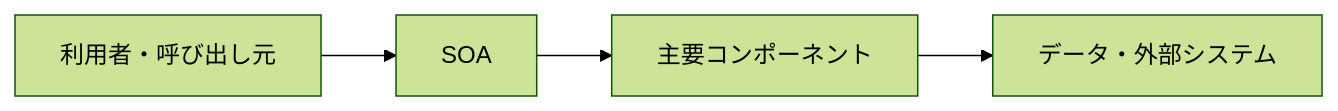
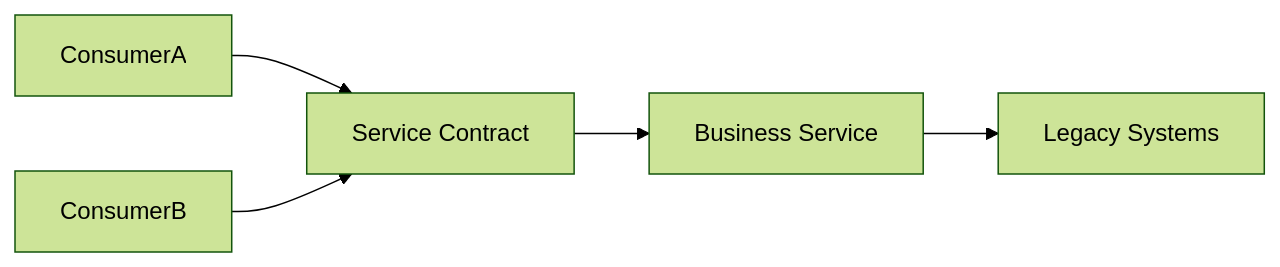
One commit to t-shirayama/architecture-notes changed the diagram in docs/分散システム系/SOA.md. Above: the diagram before and after it, drawn with Mermaid (forest theme). The commit also changed other lines of this file and 32 other files, not shown here.

Commit message:
docs: refine remaining architecture notes

````diff
--- a/docs/分散システム系/SOA.md
+++ b/docs/分散システム系/SOA.md
@@ -24,6 +28,7 @@
 ```mermaid
 flowchart LR
-    A[利用者・呼び出し元] --> B[SOA]
-    B --> C[主要コンポーネント]
-    C --> D[データ・外部システム]
+    ConsumerA --> Contract[Service Contract]
+    ConsumerB --> Contract
+    Contract --> Service[Business Service]
+    Service --> Legacy[Legacy Systems]
 ```
````
